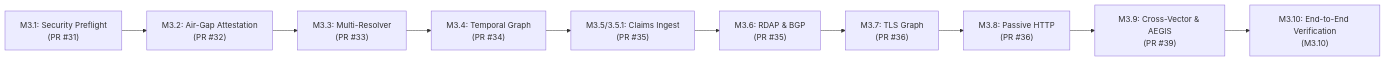
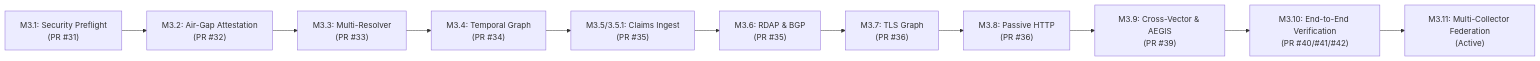
One commit to pseudozac/anie changed the diagram in docs/DOCUMENTATION_INDEX.md. Above: the diagram before and after it, drawn with Mermaid. The commit also changed other lines of this file and 8 other files, not shown here.

Commit message:
feat(federation): implement M3.11 multi-collector federation, graph scalability benchmarks, and AEGIS import verification (#43)

````diff
--- a/docs/DOCUMENTATION_INDEX.md
+++ b/docs/DOCUMENTATION_INDEX.md
@@ -33,12 +33,13 @@
 ```mermaid
 flowchart LR
     M31["M3.1: Security Preflight<br/>(PR #31)"] --> M32["M3.2: Air-Gap Attestation<br/>(PR #32)"]
     M32 --> M33["M3.3: Multi-Resolver<br/>(PR #33)"]
     M33 --> M34["M3.4: Temporal Graph<br/>(PR #34)"]
     M34 --> M35["M3.5/3.5.1: Claims Ingest<br/>(PR #35)"]
     M35 --> M36["M3.6: RDAP & BGP<br/>(PR #35)"]
     M36 --> M37["M3.7: TLS Graph<br/>(PR #36)"]
     M37 --> M38["M3.8: Passive HTTP<br/>(PR #36)"]
     M38 --> M39["M3.9: Cross-Vector & AEGIS<br/>(PR #39)"]
-    M39 --> M310["M3.10: End-to-End Verification<br/>(M3.10)"]
+    M39 --> M310["M3.10: End-to-End Verification<br/>(PR #40/#41/#42)"]
+    M310 --> M311["M3.11: Multi-Collector Federation<br/>(Active)"]
 ```
````
